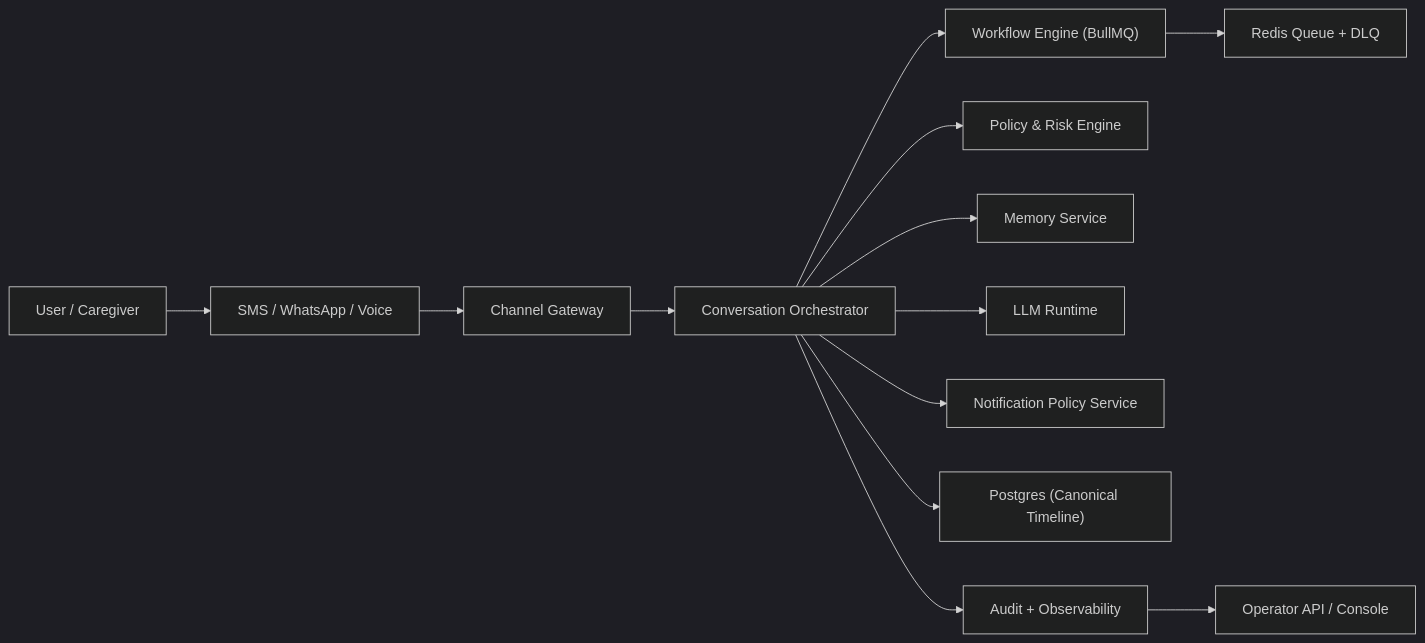
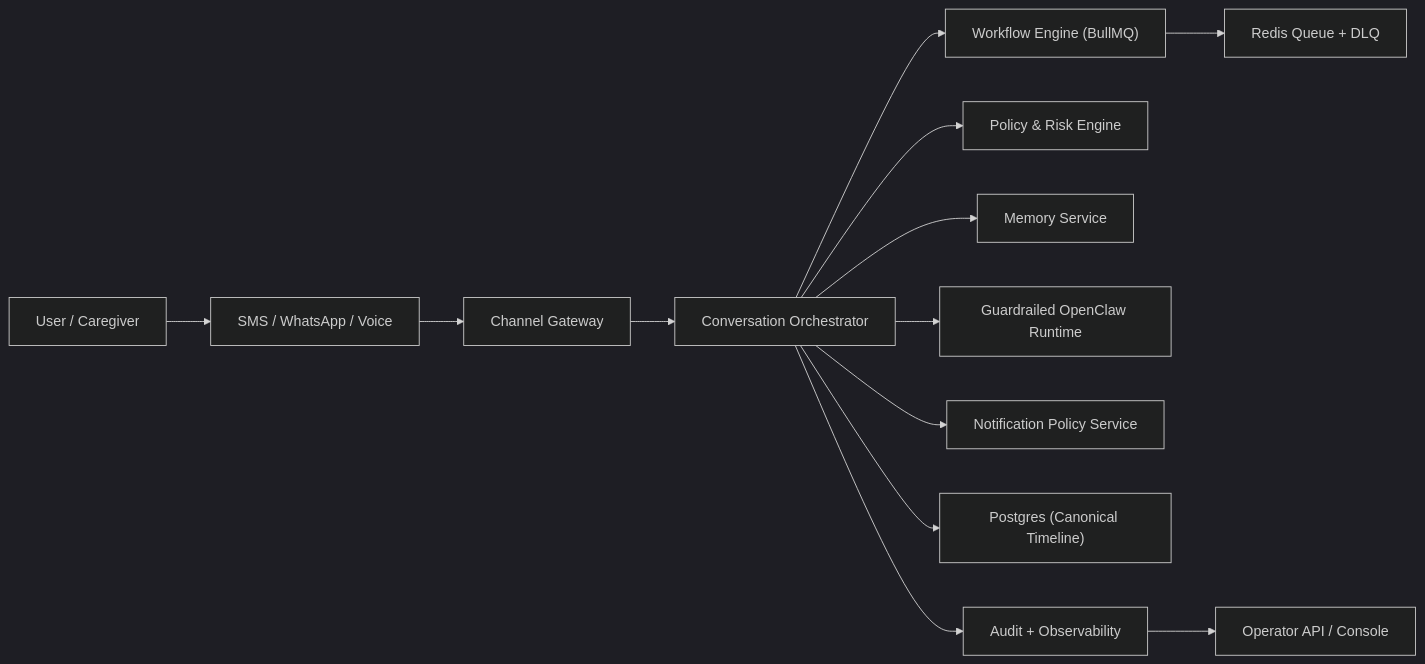
Before and after one commit to daniel-p-green/north-haven: the first of 4 diagrams in README.md, drawn with Mermaid (dark theme). The commit also changed other lines of this file and 7 other files, not shown here.

First line of the commit message:
docs(guardrails): require guardrailed OpenClaw runtime across system

````diff
--- a/README.md
+++ b/README.md
@@ -65,15 +66,15 @@
 ```mermaid
 flowchart LR
 U["User / Caregiver"] --> CH["SMS / WhatsApp / Voice"]
 CH --> GW["Channel Gateway"]
 GW --> ORCH["Conversation Orchestrator"]
 ORCH --> WF["Workflow Engine (BullMQ)"]
 WF --> RQ["Redis Queue + DLQ"]
 ORCH --> RISK["Policy & Risk Engine"]
 ORCH --> MEM["Memory Service"]
-ORCH --> LLM["LLM Runtime"]
+ORCH --> LLM["Guardrailed OpenClaw Runtime"]
 ORCH --> NOTIF["Notification Policy Service"]
 ORCH --> DB["Postgres (Canonical Timeline)"]
 ORCH --> AUD["Audit + Observability"]
 AUD --> OPS["Operator API / Console"]
 ```
````
